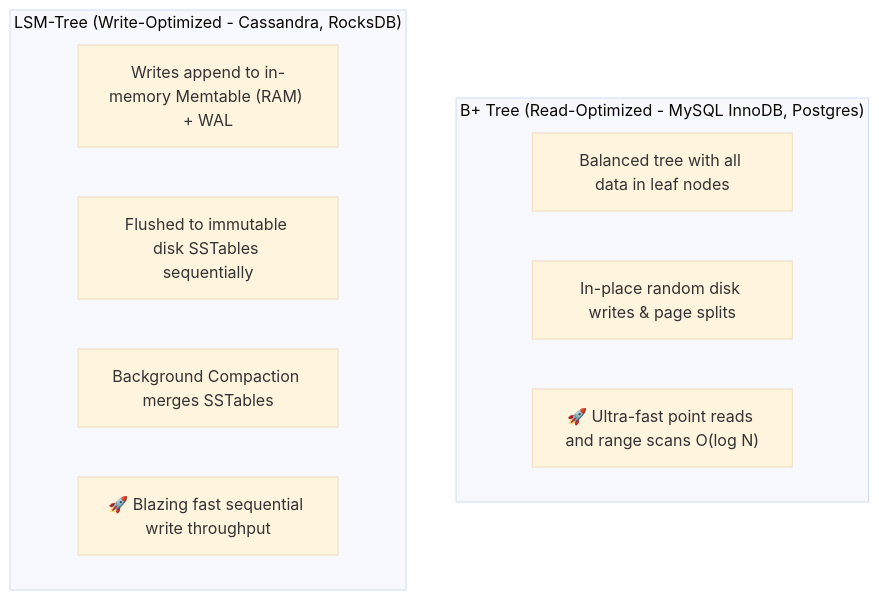
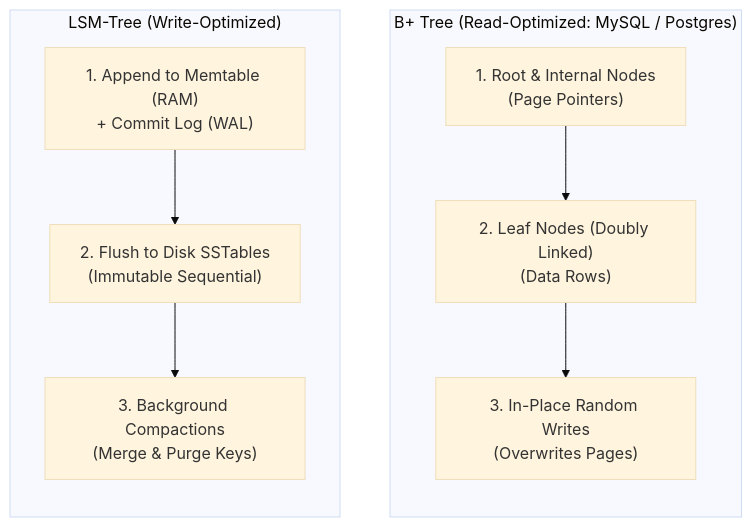
Before and after one commit to Sourav108/strivers-lld: the second of 4 diagrams in strivers-hld/06-Databases-and-Storage/README.md, drawn with Mermaid (base theme). The commit also changed other lines of this file and 39 other files, not shown here.

Commit message:
fix(mermaid): wrap node labels, simplify diamonds, and reformat wide diagrams for perfect GitHub rendering

````diff
--- a/strivers-hld/06-Databases-and-Storage/README.md
+++ b/strivers-hld/06-Databases-and-Storage/README.md
@@ -28,15 +38,18 @@
 ```mermaid
 flowchart TD
-    subgraph BTree["B+ Tree (Read-Optimized - MySQL InnoDB, Postgres)"]
-        BT1["Balanced tree with all data in leaf nodes"]
-        BT2["In-place random disk writes & page splits"]
-        BT3["🚀 Ultra-fast point reads and range scans O(log N)"]
+    subgraph BTree["B+ Tree (Read-Optimized: MySQL / Postgres)"]
+        direction TB
+        BT1["1. Root & Internal Nodes<br/>(Page Pointers)"]
+        BT2["2. Leaf Nodes (Doubly Linked)<br/>(Data Rows)"]
+        BT3["3. In-Place Random Writes<br/>(Overwrites Pages)"]
+        BT1 --> BT2 --> BT3
     end
 
-    subgraph LSMTree["LSM-Tree (Write-Optimized - Cassandra, RocksDB)"]
-        LSM1["Writes append to in-memory Memtable (RAM) + WAL"]
-        LSM2["Flushed to immutable disk SSTables sequentially"]
-        LSM3["Background Compaction merges SSTables"]
-        LSM4["🚀 Blazing fast sequential write throughput"]
+    subgraph LSMTree["LSM-Tree (Write-Optimized)"]
+        direction TB
+        LSM1["1. Append to Memtable (RAM)<br/>+ Commit Log (WAL)"]
+        LSM2["2. Flush to Disk SSTables<br/>(Immutable Sequential)"]
+        LSM3["3. Background Compactions<br/>(Merge & Purge Keys)"]
+        LSM1 --> LSM2 --> LSM3
     end
 ```
````
